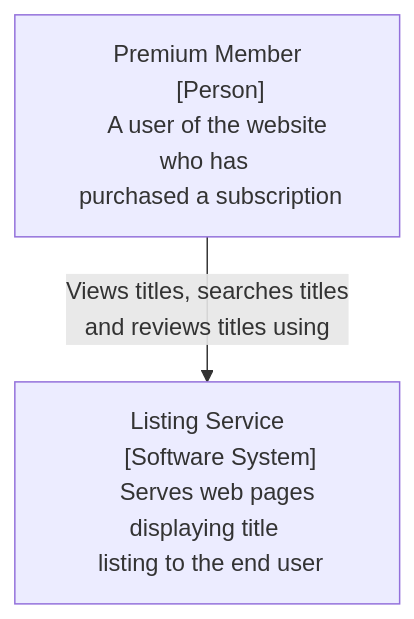
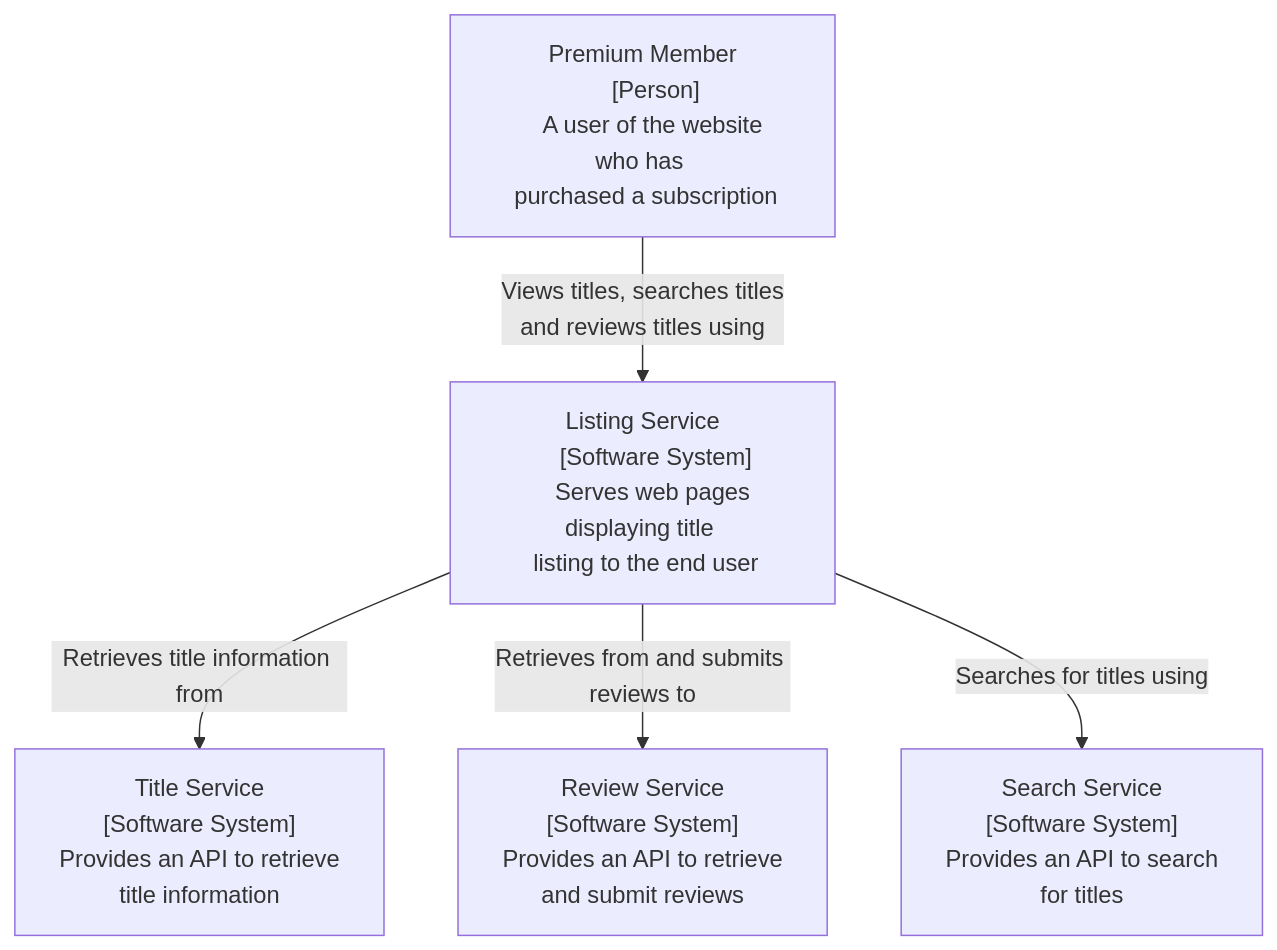
Before and after one commit to rawandrew/diagramming: the fifth of 5 diagrams in mermaid_diagrams.md, drawn with Mermaid.

Commit message:
Finish the basic system context diagram.

````diff
--- a/mermaid_diagrams.md
+++ b/mermaid_diagrams.md
@@ -130,12 +130,27 @@
 ```mermaid
 flowchart TD
     User["Premium Member
     [Person]
     A user of the website who has \n purchased a subscription"]
     
     LS["Listing Service
     [Software System]
     Serves web pages displaying title \n listing to the end user"]
+    
+    TS["Title Service
+    [Software System]
+    Provides an API to retrieve \n title information"]
+    
+    RS["Review Service
+    [Software System]
+    Provides an API to retrieve \n and submit reviews"]
+    
+    SS["Search Service
+    [Software System]
+    Provides an API to search \n for titles"]
    
     User -- "Views titles, searches titles \n and reviews titles using" --> LS
+    LS -- "Retrieves title information from" --> TS
+    LS -- "Retrieves from and submits reviews to" --> RS
+    LS -- "Searches for titles using" --> SS
 ```
````
